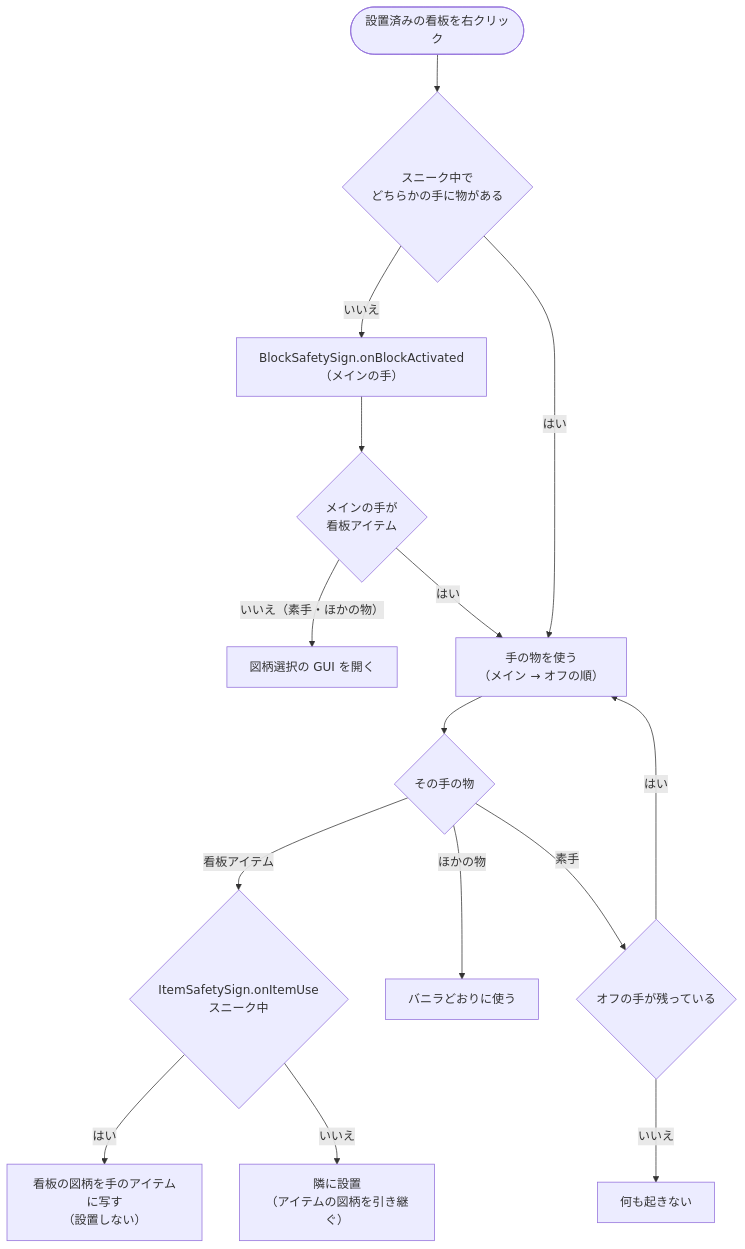
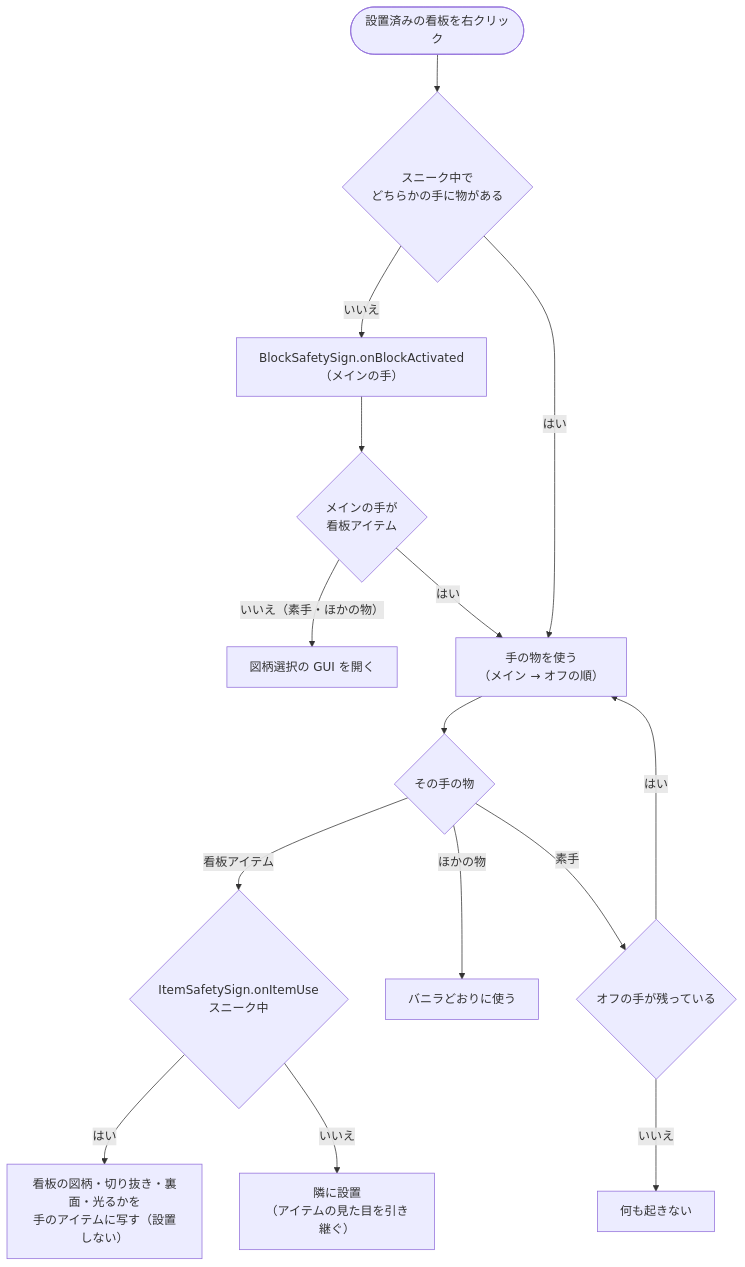
The diagram in doc/diagrams/right-click.md (zeusisgood/safetysigns), drawn with Mermaid before and after one commit. The commit also changed other lines of this file and 21 other files, not shown here.

````diff
--- a/doc/diagrams/right-click.md
+++ b/doc/diagrams/right-click.md
@@ -13,17 +14,17 @@
 ```mermaid
 flowchart TD
     Start([設置済みの看板を右クリック]) --> Sneak{スニーク中で<br/>どちらかの手に物がある}
     Sneak -- いいえ --> Act["BlockSafetySign.onBlockActivated<br/>（メインの手）"]
     Act --> MainSign{メインの手が<br/>看板アイテム}
     MainSign -- いいえ（素手・ほかの物） --> Gui[図柄選択の GUI を開く]
     MainSign -- はい --> Use
     Sneak -- はい --> Use["手の物を使う<br/>（メイン → オフの順）"]
     Use --> Held{その手の物}
     Held -- 看板アイテム --> Sneak2{"ItemSafetySign.onItemUse<br/>スニーク中"}
-    Sneak2 -- はい --> Copy["看板の図柄を手のアイテムに写す<br/>（設置しない）"]
-    Sneak2 -- いいえ --> Place["隣に設置<br/>（アイテムの図柄を引き継ぐ）"]
+    Sneak2 -- はい --> Copy["看板の図柄・切り抜き・裏面・光るかを<br/>手のアイテムに写す（設置しない）"]
+    Sneak2 -- いいえ --> Place["隣に設置<br/>（アイテムの見た目を引き継ぐ）"]
     Held -- ほかの物 --> Vanilla[バニラどおりに使う]
     Held -- 素手 --> Next{"オフの手が残っている"}
     Next -- はい --> Use
     Next -- いいえ --> Nothing[何も起きない]
 ```
````
